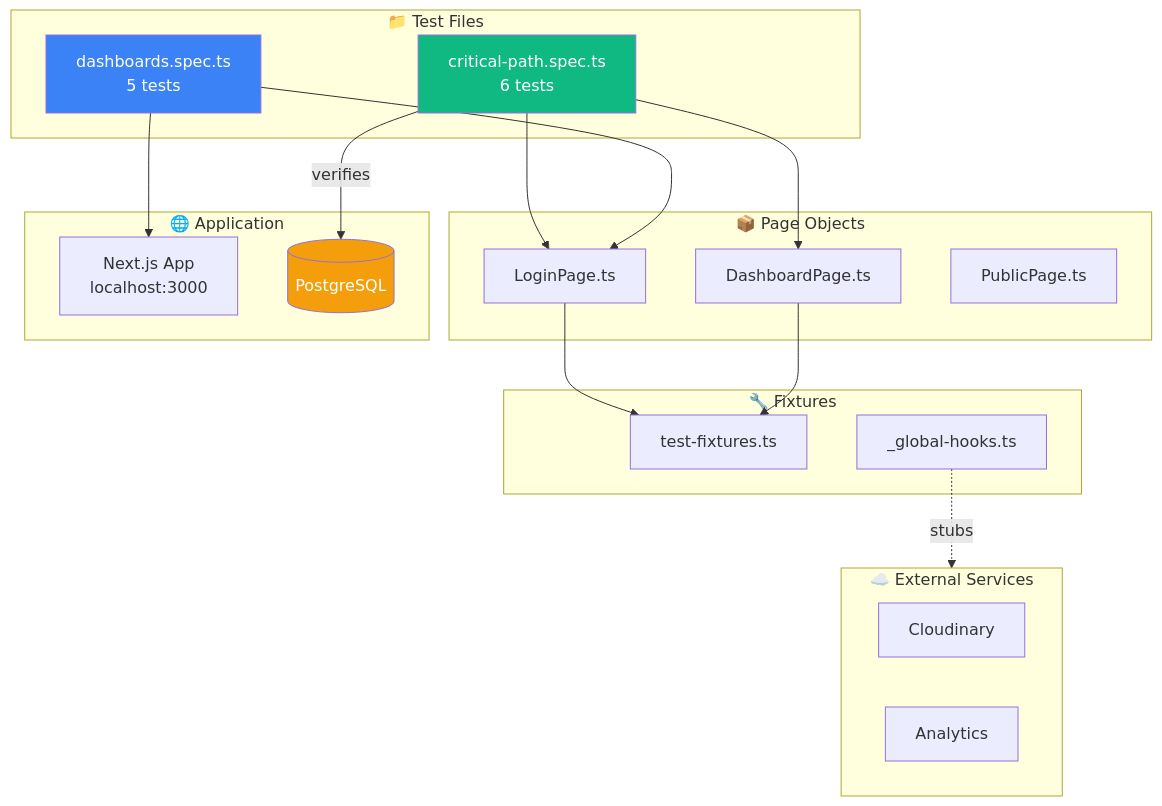
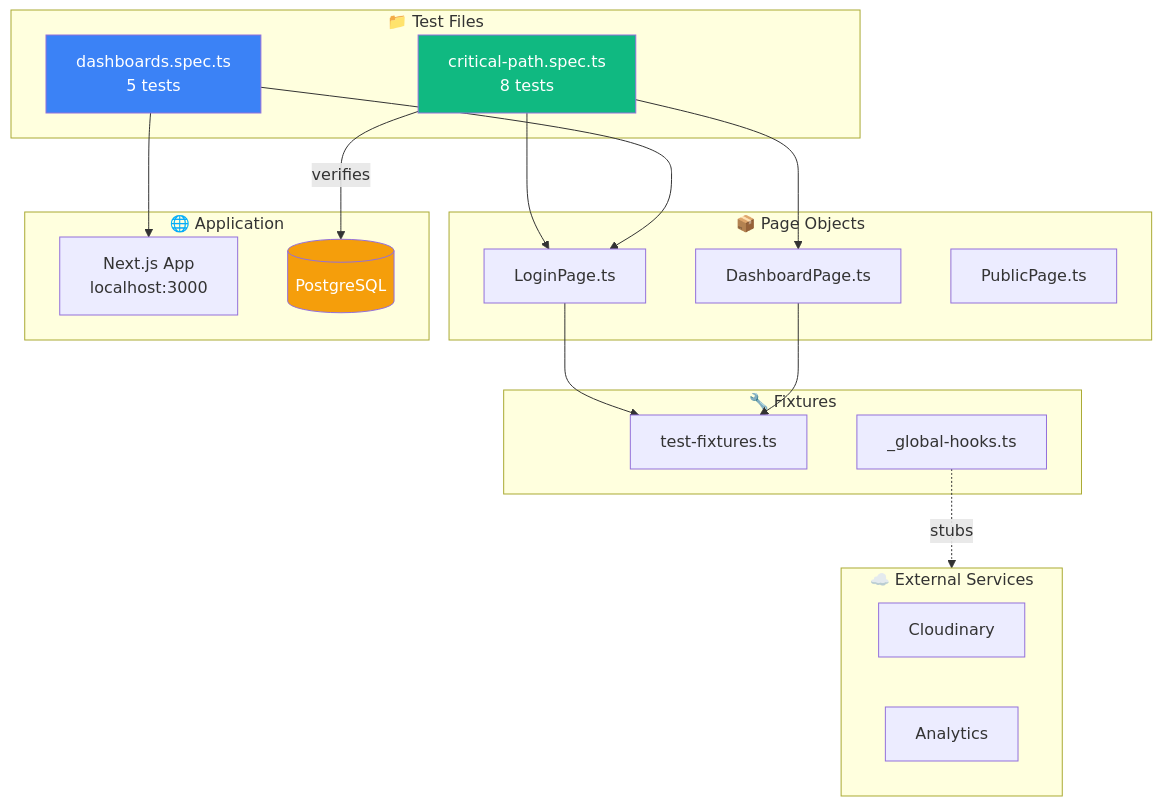
The second of 4 diagrams in docs/TESTING.md (blackjac7/website-school-smpipyakin), drawn with Mermaid before and after one commit. The commit also changed other lines of this file and 10 other files, not shown here.

````diff
--- a/docs/TESTING.md
+++ b/docs/TESTING.md
@@ -92,44 +92,44 @@
 ```mermaid
 flowchart TB
     subgraph TestFiles["📁 Test Files"]
-        CP[critical-path.spec.ts<br/>6 tests]
+        CP[critical-path.spec.ts<br/>8 tests]
         DS[dashboards.spec.ts<br/>5 tests]
     end
 
     subgraph PageObjects["📦 Page Objects"]
         LP[LoginPage.ts]
         DP[DashboardPage.ts]
         PP[PublicPage.ts]
     end
 
     subgraph Fixtures["🔧 Fixtures"]
         TF[test-fixtures.ts]
         GH[_global-hooks.ts]
     end
 
     subgraph Application["🌐 Application"]
         APP[Next.js App<br/>localhost:3000]
         DB[(PostgreSQL)]
     end
 
     subgraph External["☁️ External Services"]
         Cloudinary[Cloudinary]
         Analytics[Analytics]
     end
 
     CP --> LP
     CP --> DP
     DS --> LP
 
     LP --> TF
     DP --> TF
 
     GH -.->|stubs| External
 
     CP -->|verifies| DB
     DS --> APP
 
     style CP fill:#10b981,color:#fff
     style DS fill:#3b82f6,color:#fff
     style DB fill:#f59e0b,color:#fff
 ```
````
